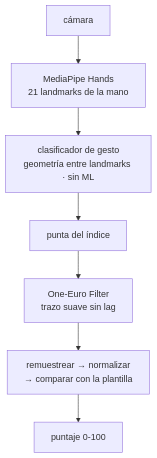
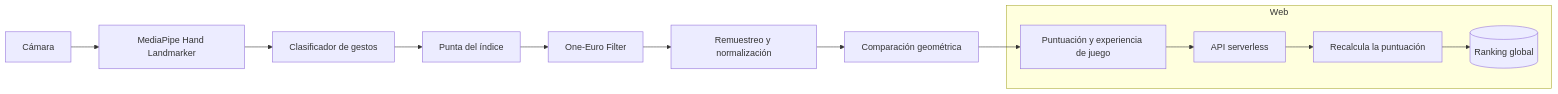
The diagram in README.md (yeisondev001/air-draw), drawn with Mermaid before and after one commit. The commit also changed other lines of this file, not shown here.

````diff
--- a/README.md
+++ b/README.md
@@ -79,9 +73,16 @@
 ```mermaid
-flowchart TD
-    A[cámara] --> B[MediaPipe Hands<br/>21 landmarks de la mano]
-    B --> C[clasificador de gesto<br/>geometría entre landmarks · sin ML]
-    C --> D[punta del índice]
-    D --> E[One-Euro Filter<br/>trazo suave sin lag]
-    E --> F[remuestrear → normalizar<br/>→ comparar con la plantilla]
-    F --> G[puntaje 0-100]
+flowchart LR
+    CAM[Cámara] --> MP[MediaPipe Hand Landmarker]
+    MP --> GESTOS[Clasificador de gestos]
+    GESTOS --> PUNTA[Punta del índice]
+    PUNTA --> FILTRO[One-Euro Filter]
+    FILTRO --> TRAZO[Remuestreo y normalización]
+    TRAZO --> SCORE[Comparación geométrica]
+    SCORE --> UI[Puntuación y experiencia de juego]
+
+    subgraph Web
+      UI --> API[API serverless]
+      API --> VALIDACION[Recalcula la puntuación]
+      VALIDACION --> REDIS[(Ranking global)]
+    end
 ```
````
